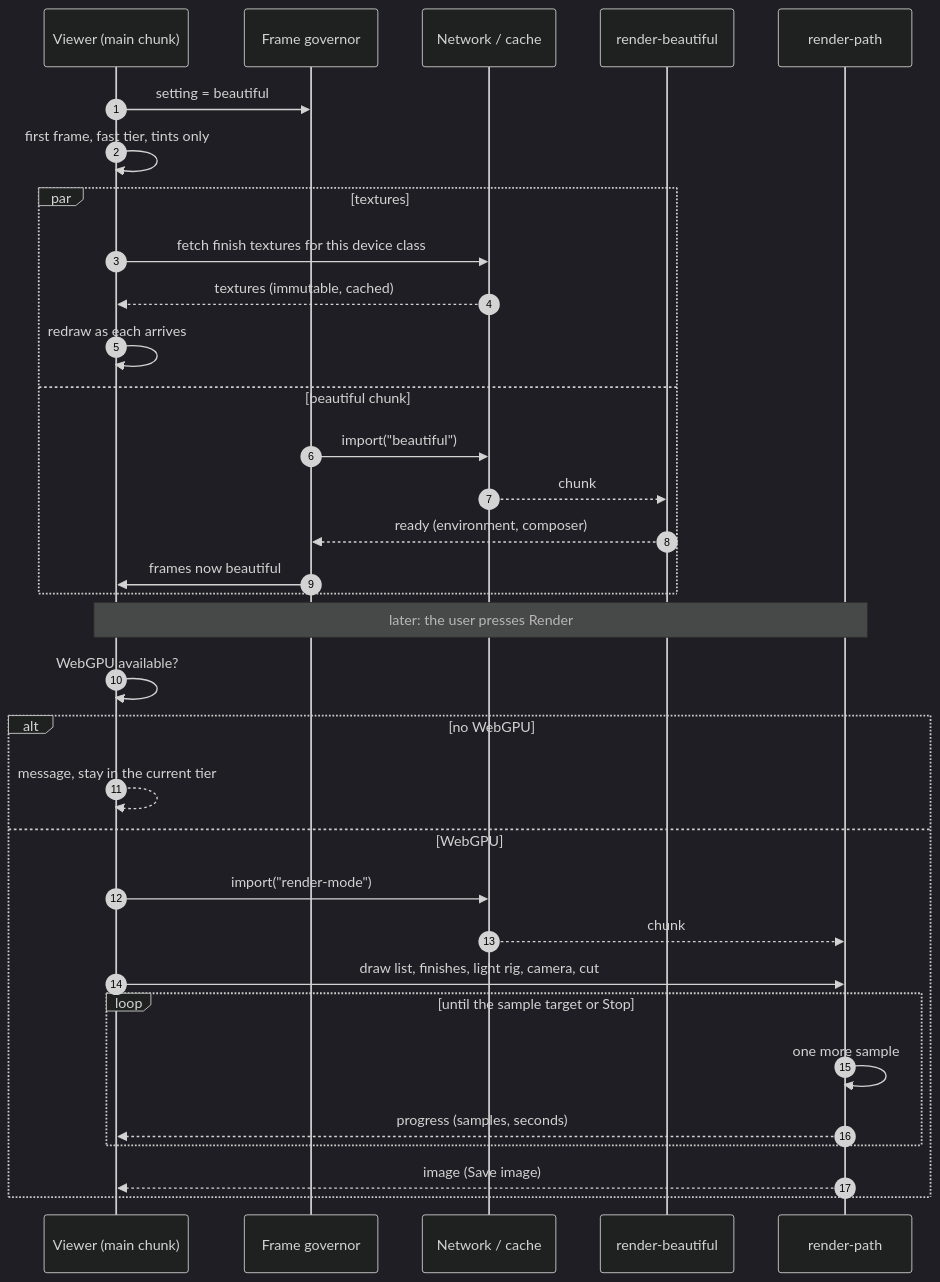
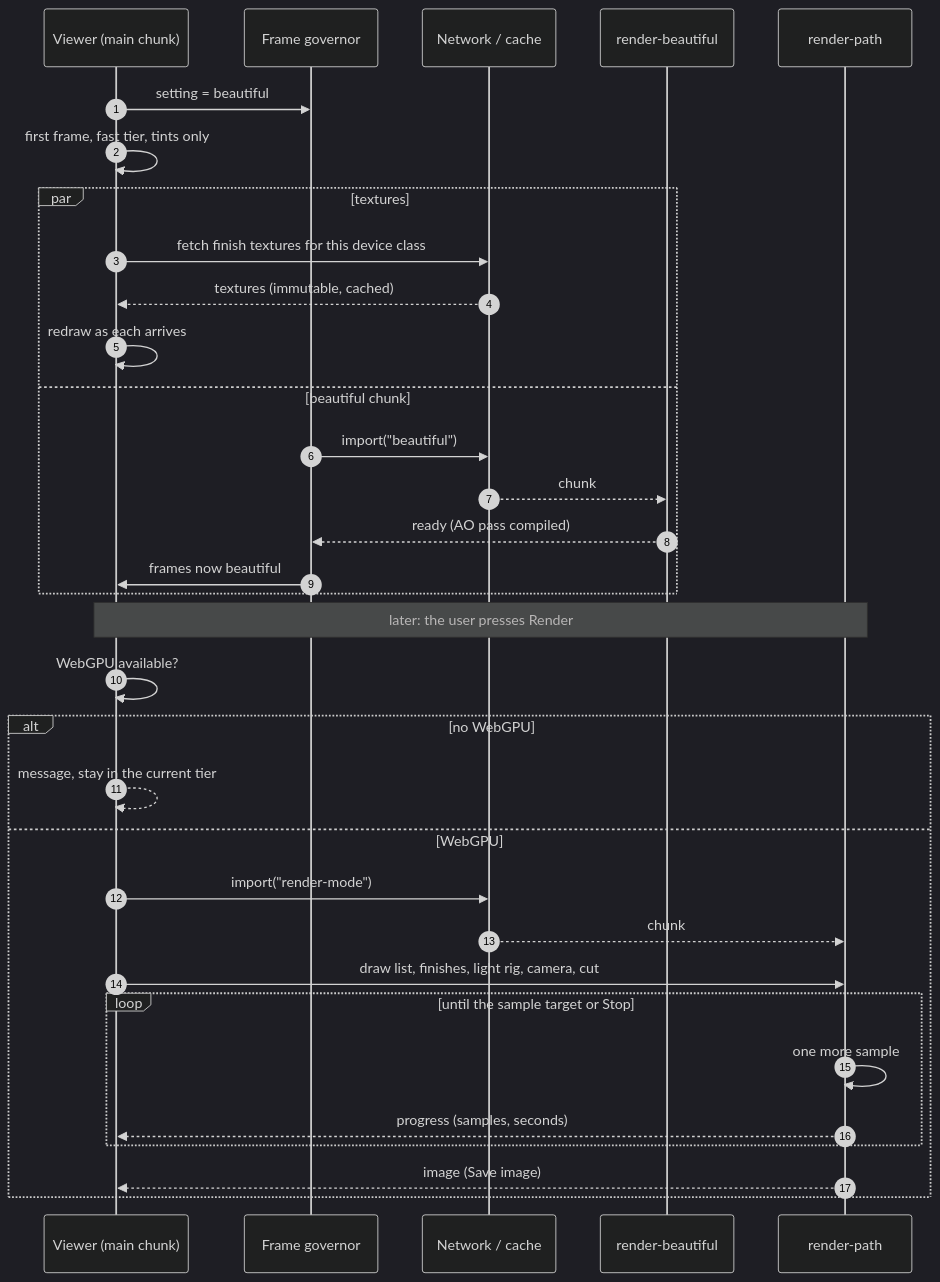
The fourth of 6 diagrams in docs/design/realistic-render.md (NNTin/my-home), drawn with Mermaid (dark theme) before and after one commit. The commit also changed other lines of this file, not shown here.

````diff
--- a/docs/design/realistic-render.md
+++ b/docs/design/realistic-render.md
@@ -369,37 +410,37 @@
 ```mermaid
 sequenceDiagram
     autonumber
     participant App as Viewer (main chunk)
     participant Gov as Frame governor
     participant Net as Network / cache
     participant B as render-beautiful
     participant P as render-path
 
     App->>Gov: setting = beautiful
     App->>App: first frame, fast tier, tints only
     par textures
         App->>Net: fetch finish textures for this device class
         Net-->>App: textures (immutable, cached)
         App->>App: redraw as each arrives
     and beautiful chunk
         Gov->>Net: import("beautiful")
         Net-->>B: chunk
-        B-->>Gov: ready (environment, composer)
+        B-->>Gov: ready (AO pass compiled)
         Gov->>App: frames now beautiful
     end
 
     Note over App,P: later: the user presses Render
     App->>App: WebGPU available?
     alt no WebGPU
         App-->>App: message, stay in the current tier
     else WebGPU
         App->>Net: import("render-mode")
         Net-->>P: chunk
         App->>P: draw list, finishes, light rig, camera, cut
         loop until the sample target or Stop
             P->>P: one more sample
             P-->>App: progress (samples, seconds)
         end
         P-->>App: image (Save image)
     end
 ```
````
